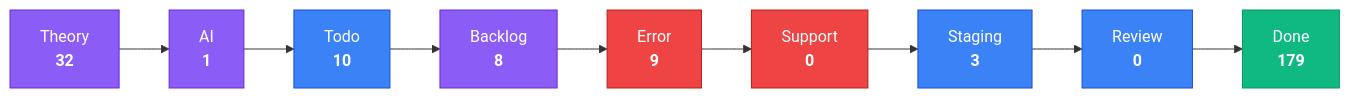
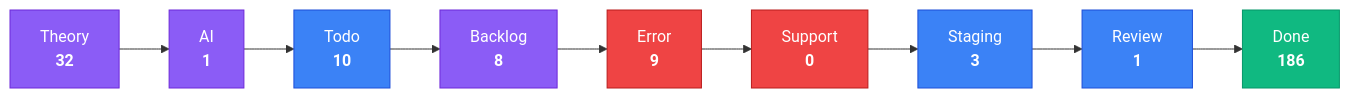
Before and after one commit to KBVE/kbve: the third of 4 diagrams in apps/kbve/astro-kbve/src/content/docs/dashboard/kanban-data.mdx, drawn with Mermaid. The commit also changed other lines of this file and 8 other files, not shown here.

````diff
--- a/apps/kbve/astro-kbve/src/content/docs/dashboard/kanban-data.mdx
+++ b/apps/kbve/astro-kbve/src/content/docs/dashboard/kanban-data.mdx
@@ -79,28 +80,28 @@
 ```mermaid
 flowchart LR
     classDef planning fill:#8b5cf6,stroke:#6d28d9,color:#fff
     classDef active fill:#3b82f6,stroke:#1d4ed8,color:#fff
     classDef blocked fill:#ef4444,stroke:#b91c1c,color:#fff
     classDef done fill:#10b981,stroke:#059669,color:#fff
     Theory["Theory<br/><strong>32</strong>"]
     Theory --> AI
     AI["AI<br/><strong>1</strong>"]
     AI --> Todo
     Todo["Todo<br/><strong>10</strong>"]
     Todo --> Backlog
     Backlog["Backlog<br/><strong>8</strong>"]
     Backlog --> Error
     Error["Error<br/><strong>9</strong>"]
     Error --> Support
     Support["Support<br/><strong>0</strong>"]
     Support --> Staging
     Staging["Staging<br/><strong>3</strong>"]
     Staging --> Review
-    Review["Review<br/><strong>0</strong>"]
+    Review["Review<br/><strong>1</strong>"]
     Review --> Done
-    Done["Done<br/><strong>179</strong>"]
+    Done["Done<br/><strong>186</strong>"]
     class Theory,AI,Backlog planning
     class Todo,Staging,Review active
     class Error,Support blocked
     class Done done
 ```
````
